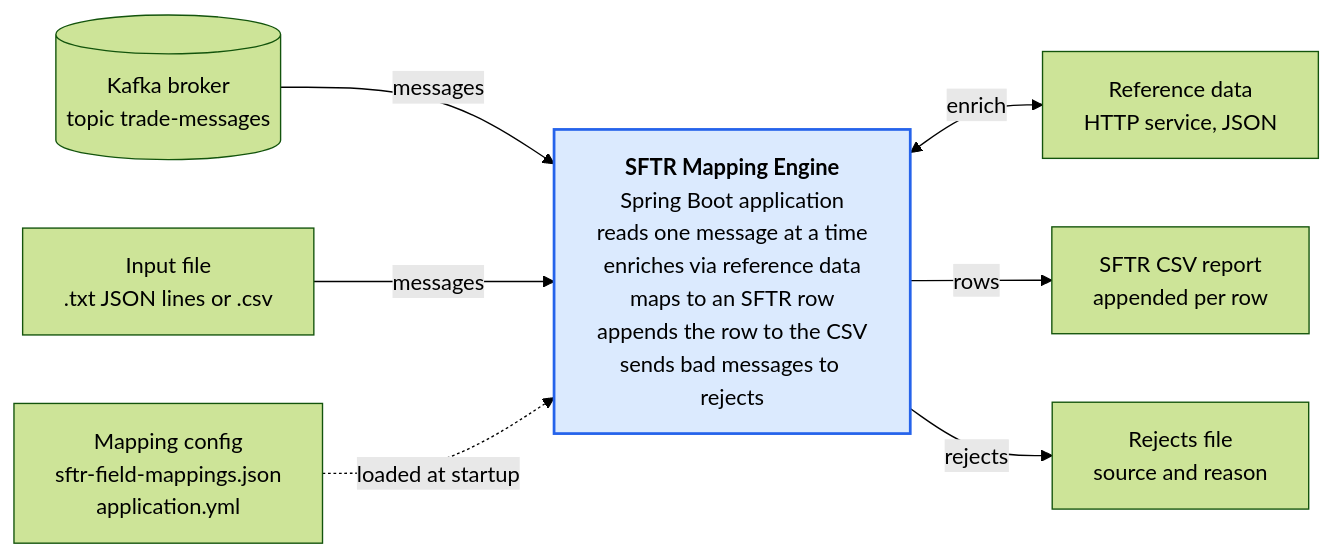
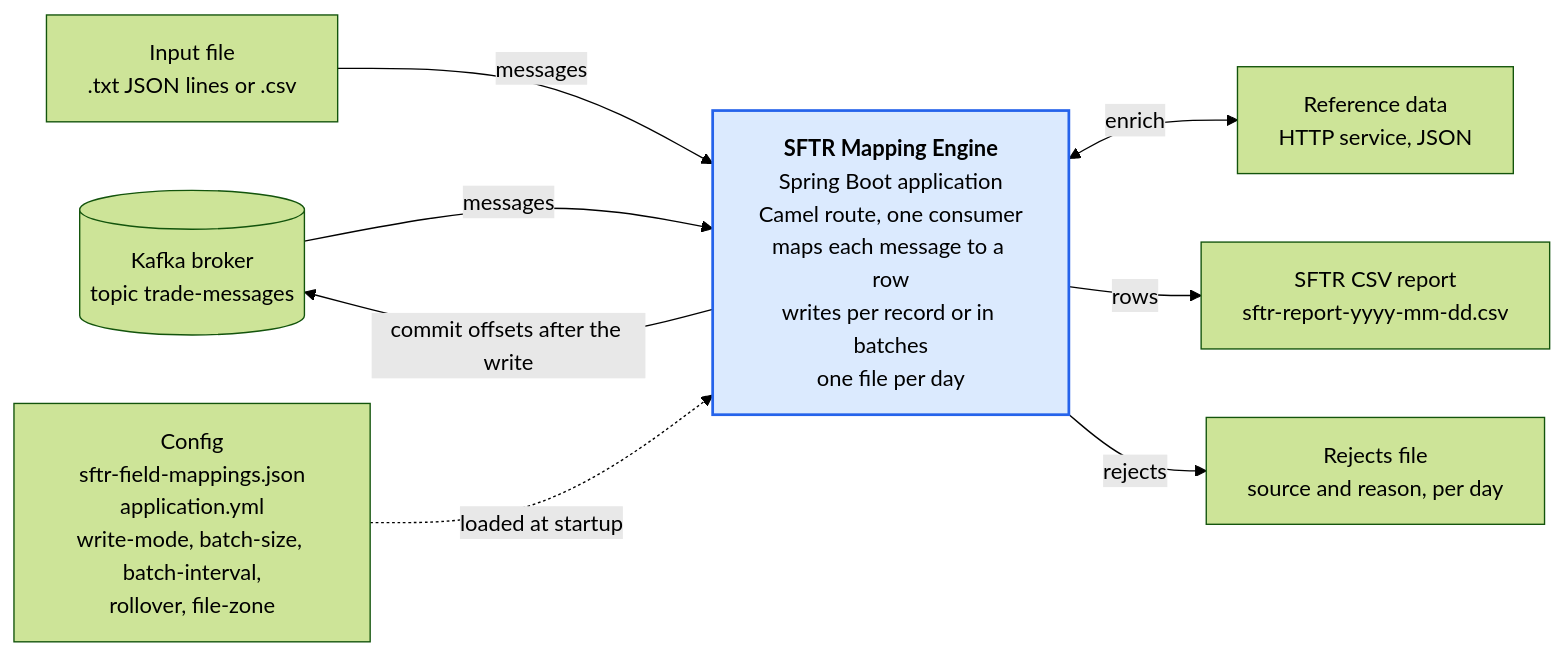
One commit to shanregs/msg-transformer changed the second of 9 diagrams in docs/c4-architecture.md. Above: the diagram before and after it, drawn with Mermaid (forest theme). The commit also changed other lines of this file and 1 other file, not shown here.

Commit message:
Update flow guide and C4 diagrams to the Camel route, write modes and daily files

````diff
--- a/docs/c4-architecture.md
+++ b/docs/c4-architecture.md
@@ -24,12 +25,13 @@
 ```mermaid
 flowchart LR
     kafka[("Kafka broker<br/>topic trade-messages")] -->|messages| engine
+    engine -->|commit offsets after the write| kafka
     file["Input file<br/>.txt JSON lines or .csv"] -->|messages| engine
-    cfg["Mapping config<br/>sftr-field-mappings.json<br/>application.yml"] -.->|loaded at startup| engine
-    engine["<b>SFTR Mapping Engine</b><br/>Spring Boot application<br/>reads one message at a time<br/>enriches via reference data<br/>maps to an SFTR row<br/>appends the row to the CSV<br/>sends bad messages to rejects"]
+    cfg["Config<br/>sftr-field-mappings.json<br/>application.yml<br/>write-mode, batch-size, batch-interval,<br/>rollover, file-zone"] -.->|loaded at startup| engine
+    engine["<b>SFTR Mapping Engine</b><br/>Spring Boot application<br/>Camel route, one consumer<br/>maps each message to a row<br/>writes per record or in batches<br/>one file per day"]
     engine <-->|enrich| ref["Reference data<br/>HTTP service, JSON"]
-    engine -->|rows| csv["SFTR CSV report<br/>appended per row"]
-    engine -->|rejects| rej["Rejects file<br/>source and reason"]
+    engine -->|rows| csv["SFTR CSV report<br/>sftr-report-yyyy-mm-dd.csv"]
+    engine -->|rejects| rej["Rejects file<br/>source and reason, per day"]
 
     style engine fill:#dbeafe,stroke:#2563eb,stroke-width:2px
 ```
````
